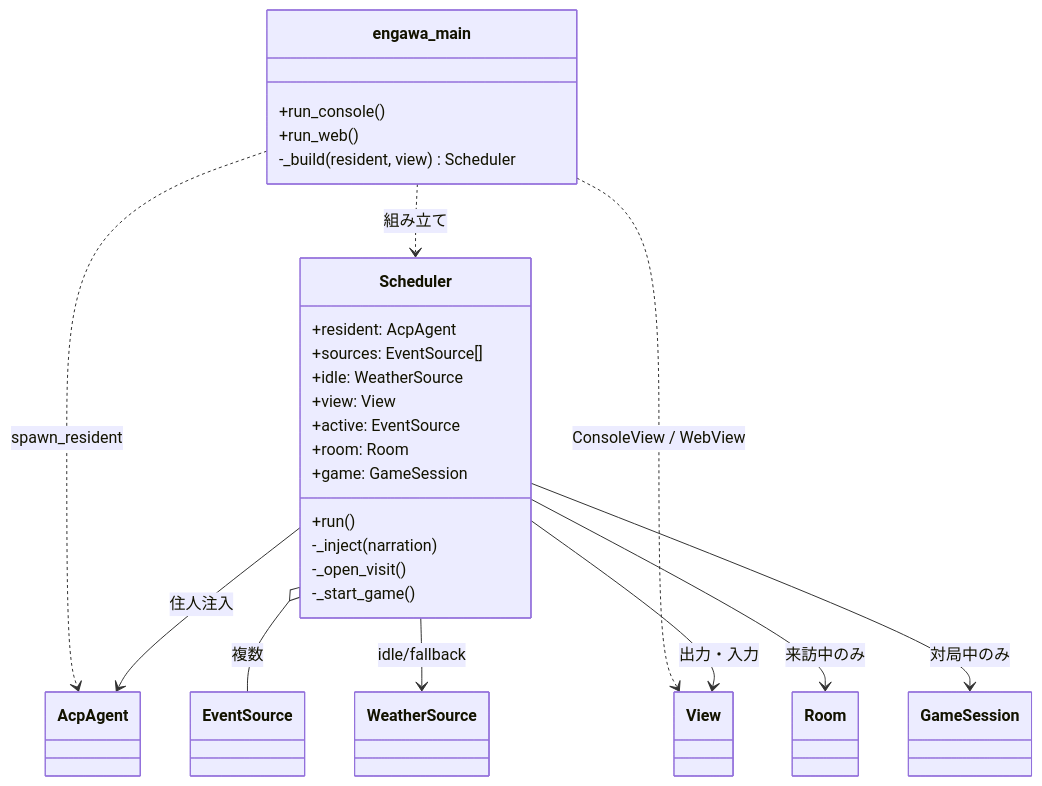
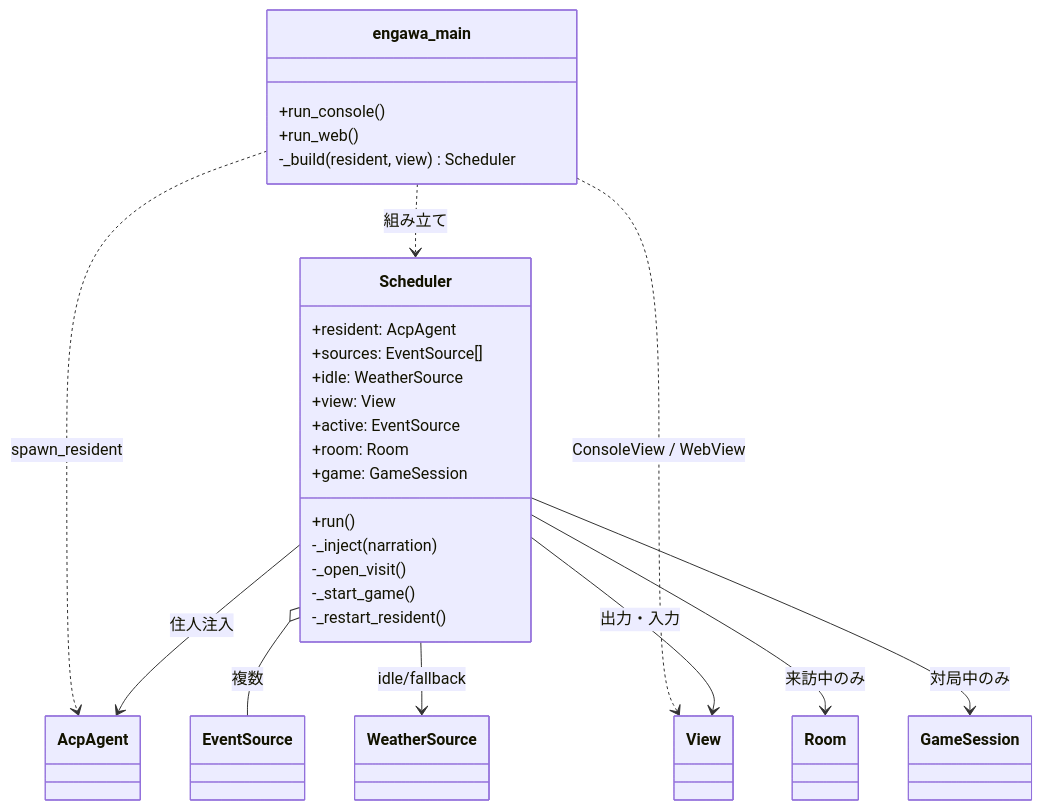
Before and after one commit to NiteC-a11y/Engawa: the first of 7 diagrams in docs/class-diagram.md, drawn with Mermaid. The commit also changed 8 other files, not shown here.

First line of the commit message:
fix(resident): 茶々ソロ出力の染み出しガード＋/restart（長命セッション劣化の対症）

````diff
--- a/docs/class-diagram.md
+++ b/docs/class-diagram.md
@@ -11,35 +11,36 @@
 ```mermaid
 classDiagram
     direction TB
 
     class engawa_main {
         +run_console()
         +run_web()
         -_build(resident, view) Scheduler
     }
 
     class Scheduler {
         +resident: AcpAgent
         +sources: EventSource[]
         +idle: WeatherSource
         +view: View
         +active: EventSource
         +room: Room
         +game: GameSession
         +run()
         -_inject(narration)
         -_open_visit()
         -_start_game()
+        -_restart_resident()
     }
 
     engawa_main ..> Scheduler : 組み立て
     engawa_main ..> AcpAgent : spawn_resident
     engawa_main ..> View : ConsoleView / WebView
 
     Scheduler --> AcpAgent : 住人注入
     Scheduler o-- EventSource : 複数
     Scheduler --> WeatherSource : idle/fallback
     Scheduler --> View : 出力・入力
     Scheduler --> Room : 来訪中のみ
     Scheduler --> GameSession : 対局中のみ
 ```
````
